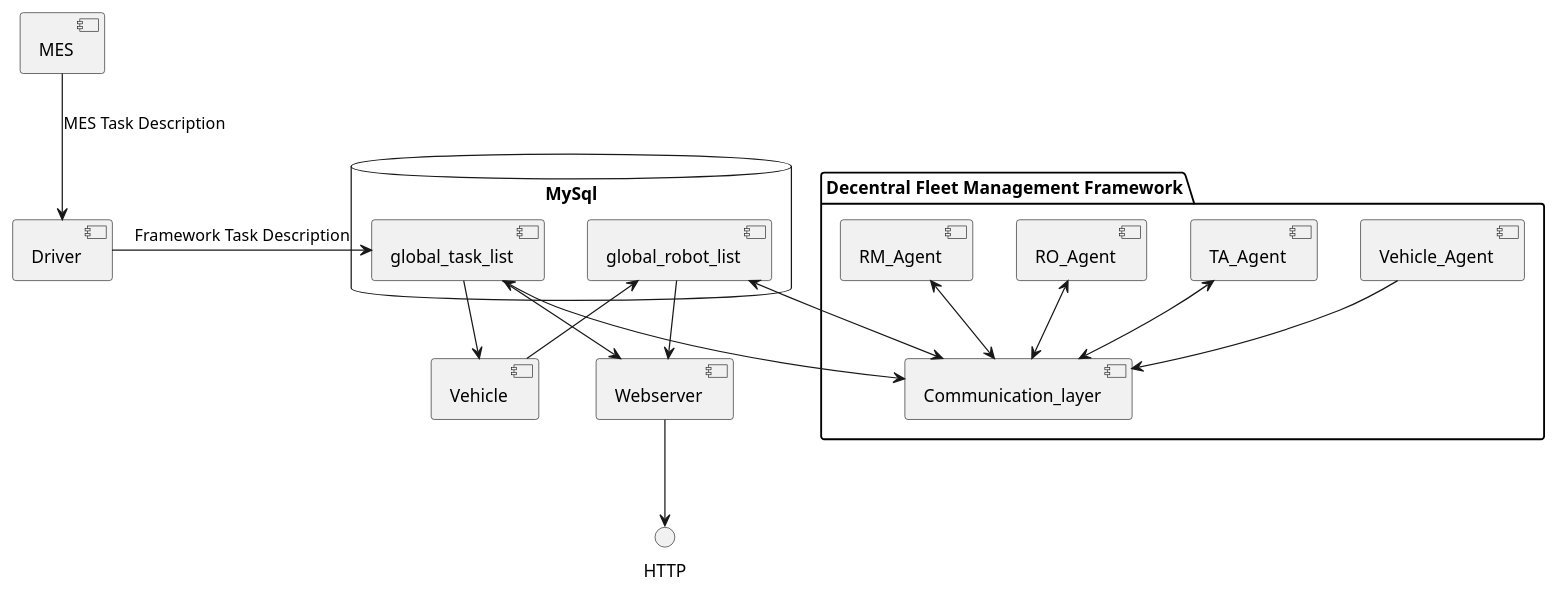
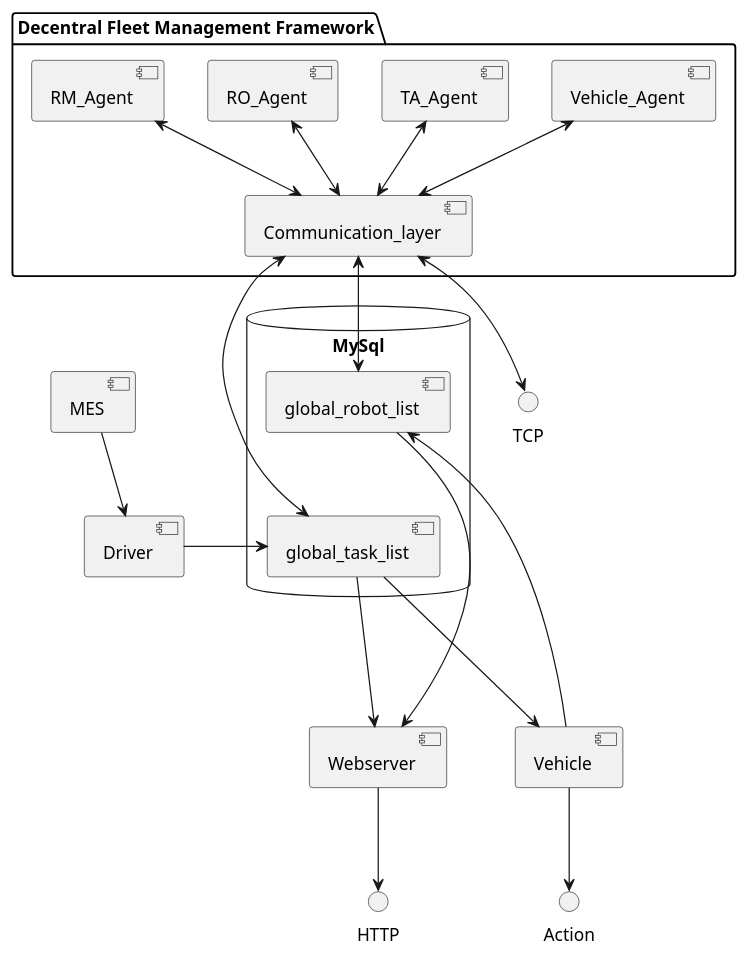
Before and after one commit to MatthiasDR96/robotino_control: the diagram in robotino_core/docs/src/connection_diagram.puml, drawn with PlantUML. The commit also changed 1 other file, not shown here.

```diff
--- a/robotino_core/docs/src/connection_diagram.puml
+++ b/robotino_core/docs/src/connection_diagram.puml
@@ -1,34 +1,42 @@
 @startuml connection_diagram
 
 package "Decentral Fleet Management Framework" {
 
     [Communication_layer]
     [Vehicle_Agent]
     [TA_Agent]
     [RO_Agent]
     [RM_Agent]
-    
+
 }
 
 database "MySql" {
 
     [global_robot_list]
     [global_task_list]
 
 }
 
-[global_task_list] -down-> [Vehicle]
-[Vehicle] -down-> [global_robot_list]
-[TA_Agent] <-down-> [Communication_layer]
-[RO_Agent] <-down-> [Communication_layer]
-[RM_Agent] <-down-> [Communication_layer]
-[Vehicle_Agent] -down-> [Communication_layer]
-[Communication_layer] <-up-> [global_task_list]
-[Communication_layer] <-up-> [global_robot_list]
-[global_task_list] --> [Webserver]
-[global_robot_list] --> [Webserver]
-[Webserver] -down-> HTTP
-[MES] -down-> [Driver] : MES Task Description
-[Driver] -right-> [global_task_list] : Framework Task Description
+[global_robot_list] -[hidden]-> [global_task_list]
+[global_task_list] ---> [Vehicle]
+[Vehicle] ---> [global_robot_list]
+[Vehicle] --> Action
+
+[TA_Agent] <--> [Communication_layer]
+[RO_Agent] <--> [Communication_layer]
+[RM_Agent] <--> [Communication_layer]
+[Vehicle_Agent] <--> [Communication_layer]
+
+[Communication_layer] <--> [global_task_list]
+[Communication_layer] <--> [global_robot_list]
+[Communication_layer] <--> TCP
+
+
+[global_task_list] ---> [Webserver]
+[global_robot_list] ---> [Webserver]
+[Webserver] --> HTTP
+
+[MES] --> [Driver]
+[Driver] -> [global_task_list]
 
 @enduml
```
